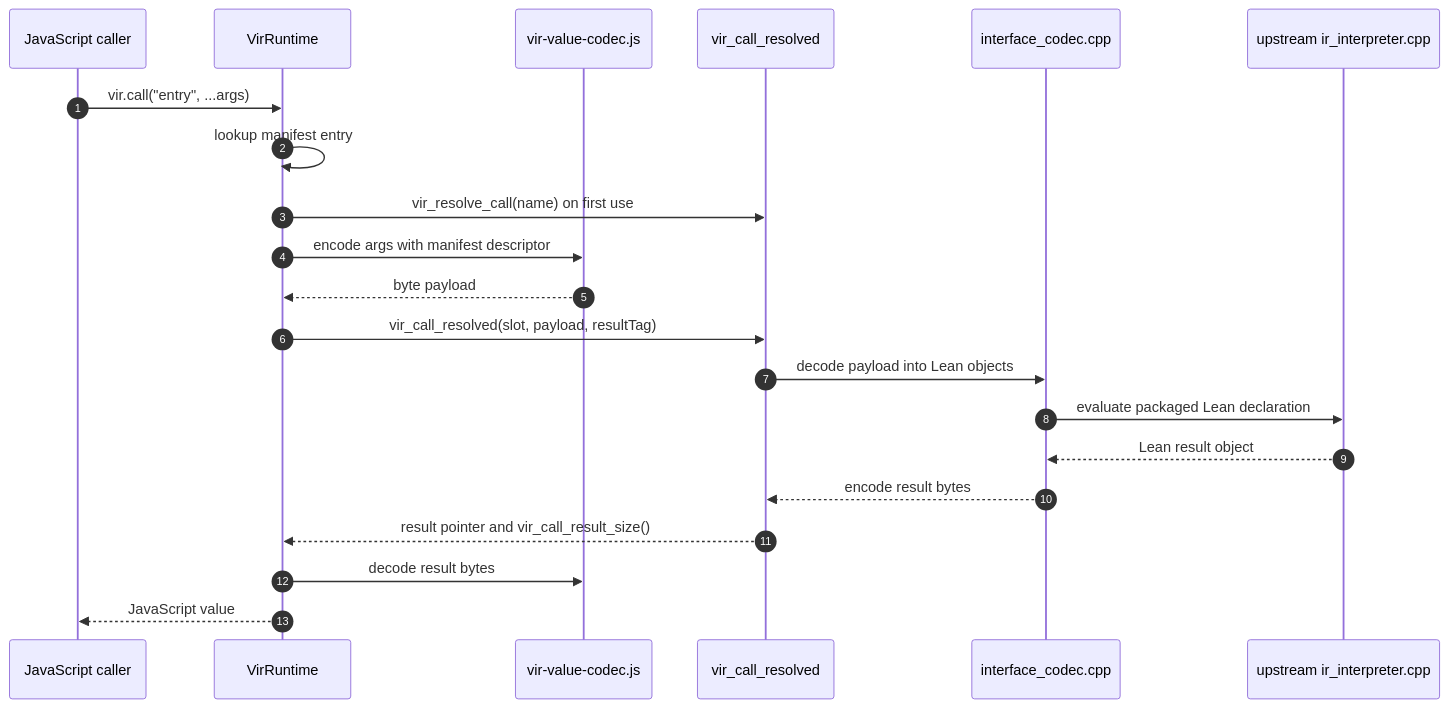
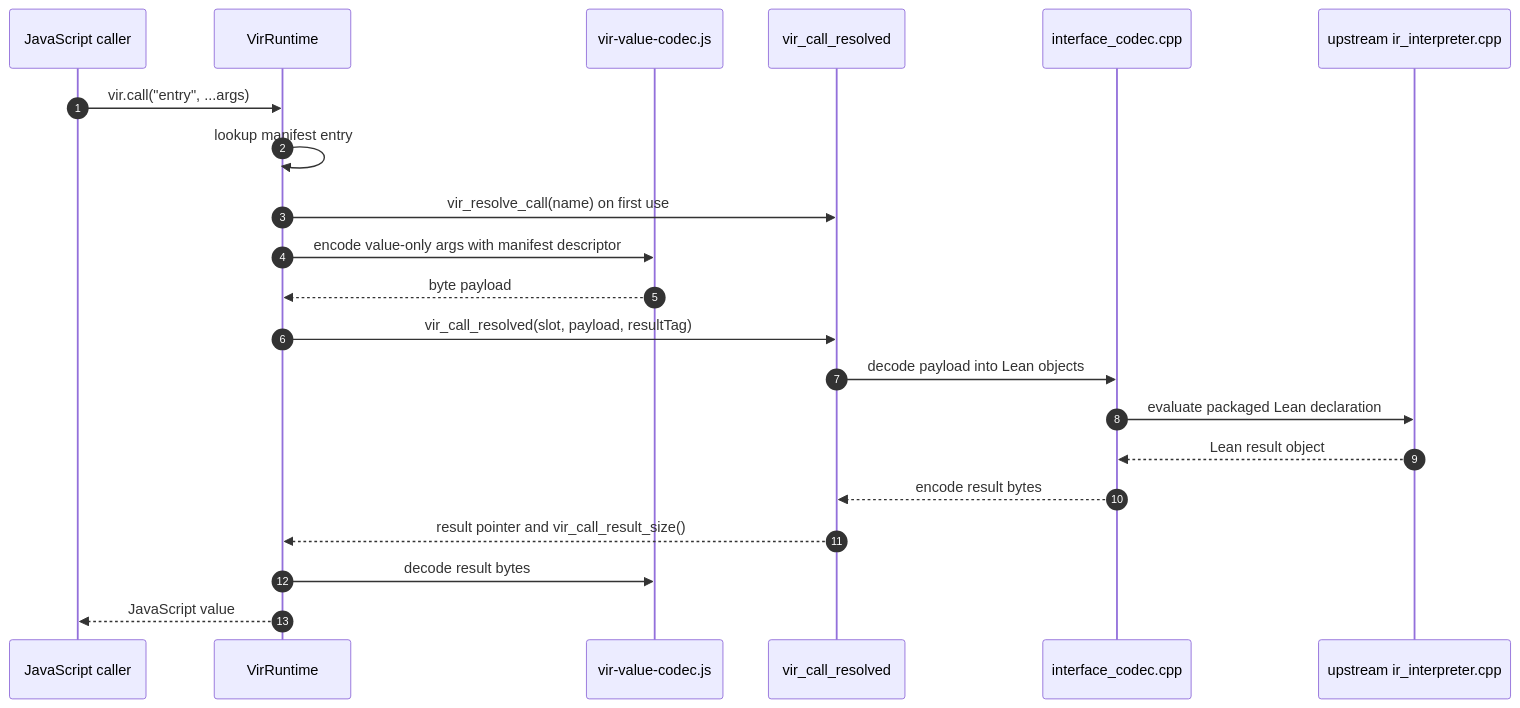
One commit to ejgallego/lean-vir changed the first of 5 diagrams in docs/DEVELOPER_GUIDE.md. Above: the diagram before and after it, drawn with Mermaid. The commit also changed other lines of this file and 14 other files, not shown here.

````diff
--- a/docs/DEVELOPER_GUIDE.md
+++ b/docs/DEVELOPER_GUIDE.md
@@ -59,24 +59,24 @@
 ```mermaid
 sequenceDiagram
     autonumber
     participant JS as JavaScript caller
     participant RT as VirRuntime
     participant Codec as vir-value-codec.js
     participant Wasm as vir_call_resolved
     participant Cpp as interface_codec.cpp
     participant IR as upstream ir_interpreter.cpp
 
     JS->>RT: vir.call("entry", ...args)
     RT->>RT: lookup manifest entry
     RT->>Wasm: vir_resolve_call(name) on first use
-    RT->>Codec: encode args with manifest descriptor
+    RT->>Codec: encode value-only args with manifest descriptor
     Codec-->>RT: byte payload
     RT->>Wasm: vir_call_resolved(slot, payload, resultTag)
     Wasm->>Cpp: decode payload into Lean objects
     Cpp->>IR: evaluate packaged Lean declaration
     IR-->>Cpp: Lean result object
     Cpp-->>Wasm: encode result bytes
     Wasm-->>RT: result pointer and vir_call_result_size()
     RT->>Codec: decode result bytes
     RT-->>JS: JavaScript value
 ```
````
